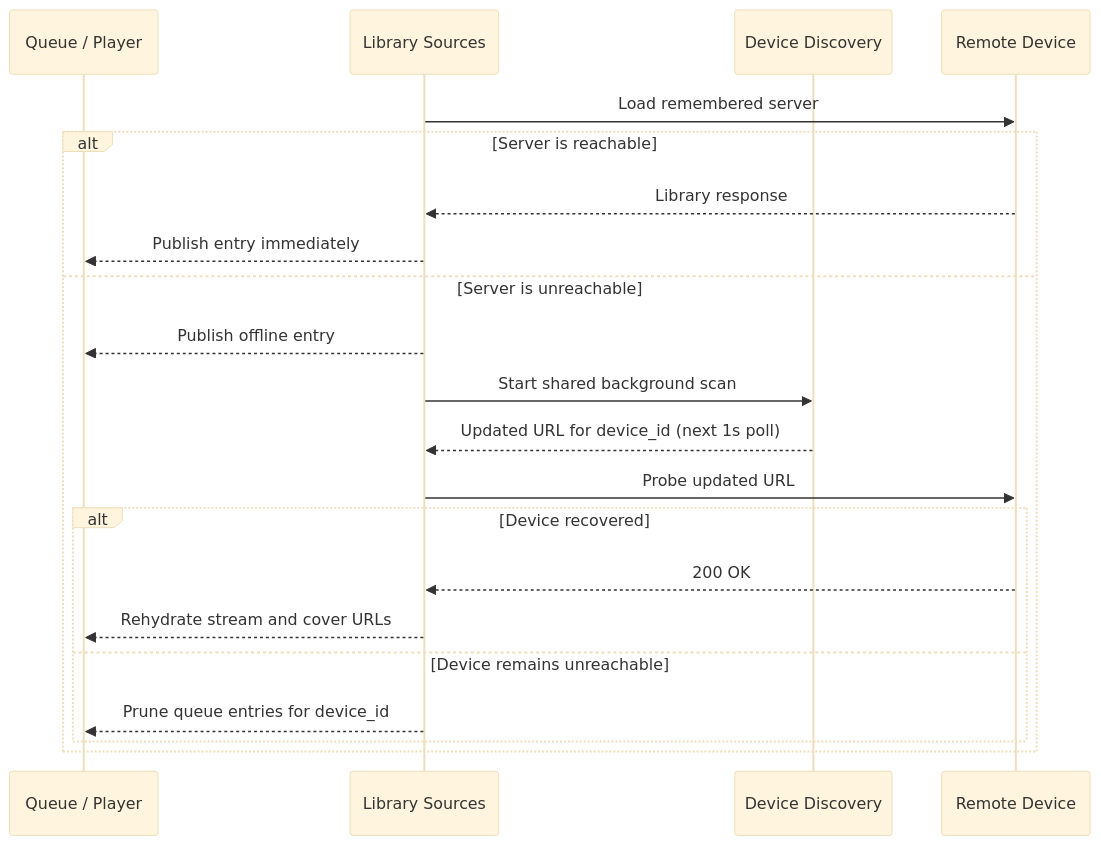
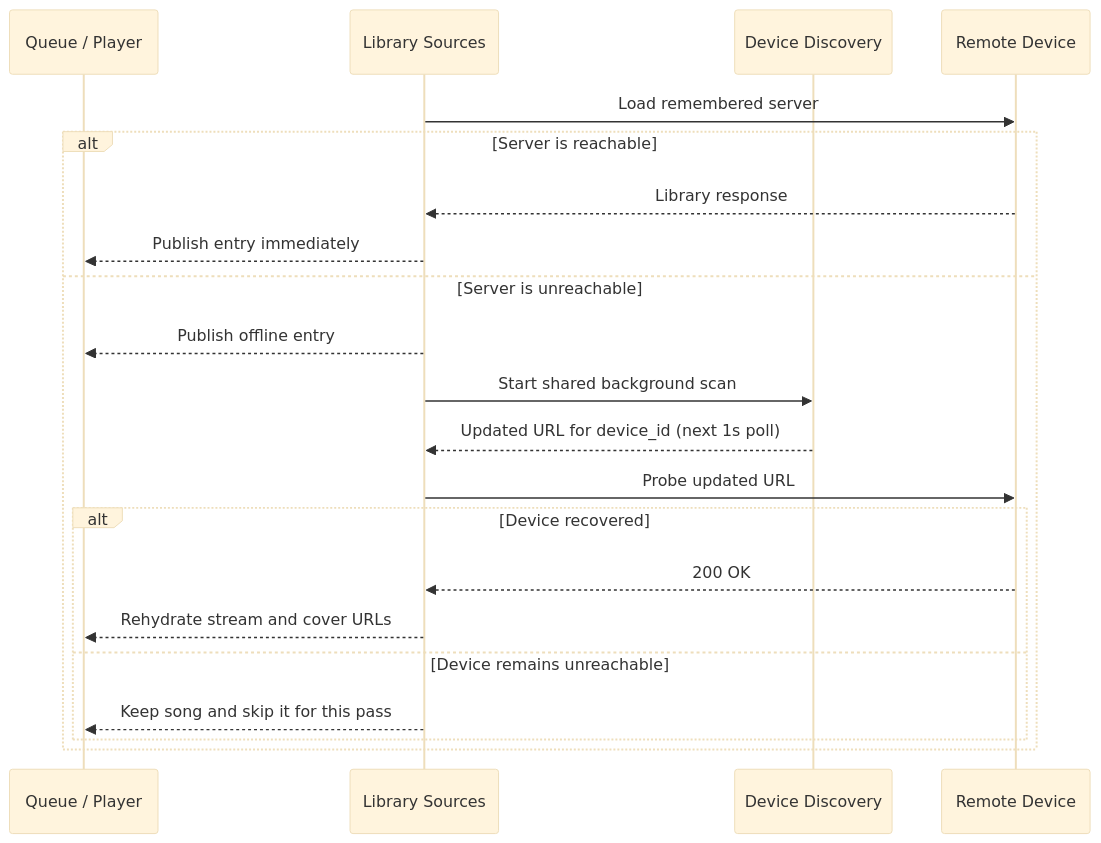
The first of 2 diagrams in docs/device-discovery.md (Afeather2017/Kaulan), drawn with Mermaid (base theme) before and after one commit. The commit also changed other lines of this file and 14 other files, not shown here.

````diff
--- a/docs/device-discovery.md
+++ b/docs/device-discovery.md
@@ -120,24 +121,24 @@
 ```mermaid
 sequenceDiagram
     participant Player as Queue / Player
     participant Sources as Library Sources
     participant Discovery as Device Discovery
     participant Peer as Remote Device
 
     Sources->>Peer: Load remembered server
     alt Server is reachable
         Peer-->>Sources: Library response
         Sources-->>Player: Publish entry immediately
     else Server is unreachable
         Sources-->>Player: Publish offline entry
         Sources->>Discovery: Start shared background scan
         Discovery-->>Sources: Updated URL for device_id (next 1s poll)
         Sources->>Peer: Probe updated URL
         alt Device recovered
             Peer-->>Sources: 200 OK
             Sources-->>Player: Rehydrate stream and cover URLs
         else Device remains unreachable
-            Sources-->>Player: Prune queue entries for device_id
+            Sources-->>Player: Keep song and skip it for this pass
         end
     end
 ```
````
